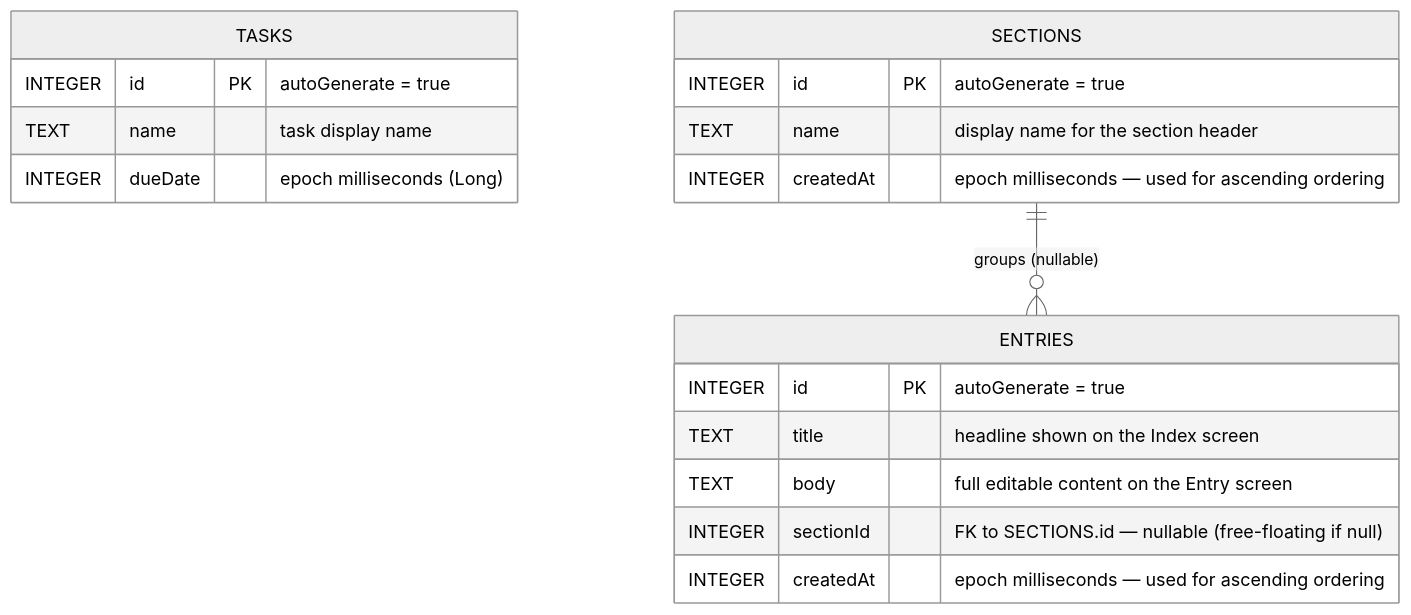
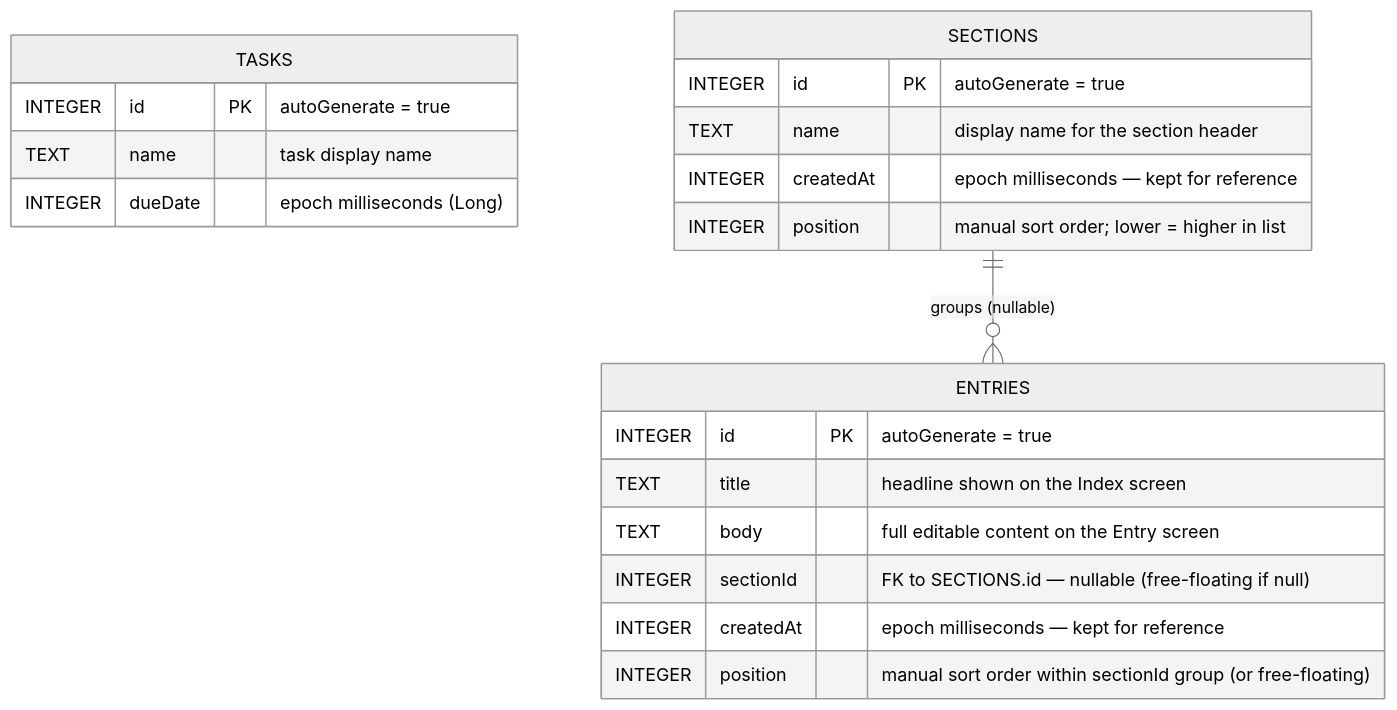
Before and after one commit to x2Shainz/OnePercent: the diagram in memory/ai/diagrams/database-schema.md, drawn with Mermaid (neutral theme). The commit also changed other lines of this file and 19 other files, not shown here.

````diff
--- a/memory/ai/diagrams/database-schema.md
+++ b/memory/ai/diagrams/database-schema.md
@@ -5,24 +5,26 @@
 ```mermaid
 erDiagram
     TASKS {
         INTEGER id PK "autoGenerate = true"
         TEXT    name   "task display name"
         INTEGER dueDate "epoch milliseconds (Long)"
     }
 
     SECTIONS {
         INTEGER id        PK "autoGenerate = true"
         TEXT    name      "display name for the section header"
-        INTEGER createdAt "epoch milliseconds — used for ascending ordering"
+        INTEGER createdAt "epoch milliseconds — kept for reference"
+        INTEGER position  "manual sort order; lower = higher in list"
     }
 
     ENTRIES {
         INTEGER id        PK "autoGenerate = true"
         TEXT    title     "headline shown on the Index screen"
         TEXT    body      "full editable content on the Entry screen"
         INTEGER sectionId "FK to SECTIONS.id — nullable (free-floating if null)"
-        INTEGER createdAt "epoch milliseconds — used for ascending ordering"
+        INTEGER createdAt "epoch milliseconds — kept for reference"
+        INTEGER position  "manual sort order within sectionId group (or free-floating)"
     }
 
     SECTIONS ||--o{ ENTRIES : "groups (nullable)"
 ```
````
